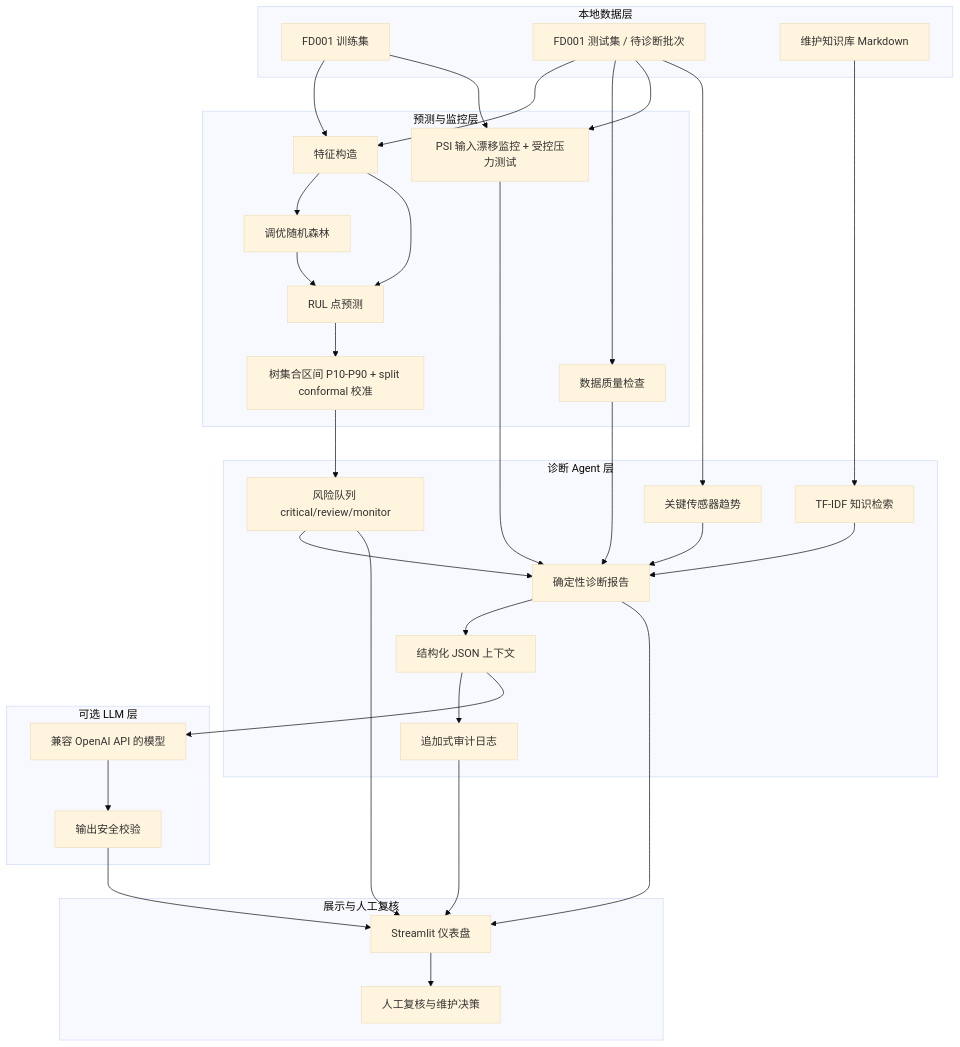
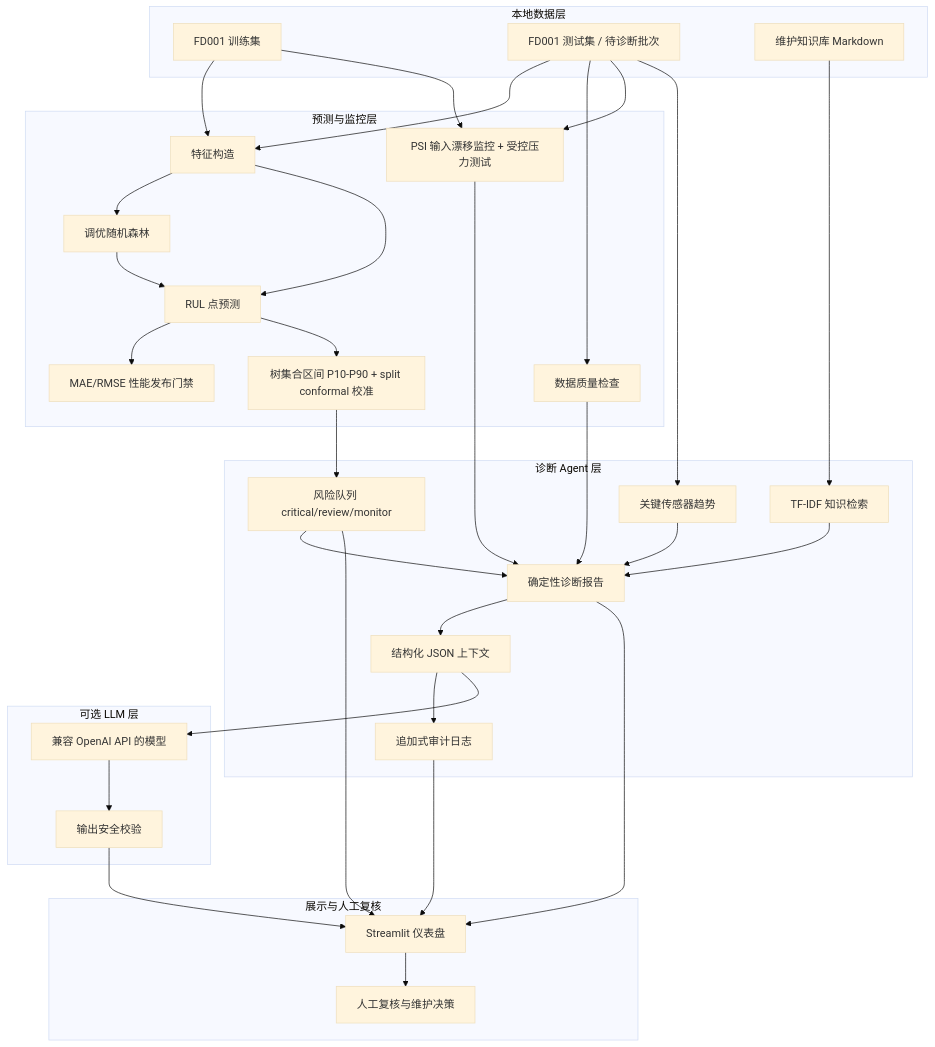
The diagram in docs/architecture.md (zzhouxy427/industrial-health-agent), drawn with Mermaid (base theme) before and after one commit. The commit also changed other lines of this file and 9 other files, not shown here.

````diff
--- a/docs/architecture.md
+++ b/docs/architecture.md
@@ -9,50 +9,52 @@
 ```mermaid
 flowchart TB
     subgraph Data[本地数据层]
         Train[FD001 训练集]
         Test[FD001 测试集 / 待诊断批次]
         KB[维护知识库 Markdown]
     end
 
     subgraph Model[预测与监控层]
         Features[特征构造]
         RF[调优随机森林]
         RUL[RUL 点预测]
         Interval[树集合区间 P10-P90 + split conformal 校准]
+        Gate[MAE/RMSE 性能发布门禁]
         Quality[数据质量检查]
         Drift[PSI 输入漂移监控 + 受控压力测试]
     end
 
     subgraph Agent[诊断 Agent 层]
         Queue[风险队列 critical/review/monitor]
         Trend[关键传感器趋势]
         Retrieval[TF-IDF 知识检索]
         Report[确定性诊断报告]
         Context[结构化 JSON 上下文]
         Audit[追加式审计日志]
     end
 
     subgraph Optional[可选 LLM 层]
         LLM[兼容 OpenAI API 的模型]
         Safety[输出安全校验]
     end
 
     subgraph UI[展示与人工复核]
         Dashboard[Streamlit 仪表盘]
         Human[人工复核与维护决策]
     end
 
     Train --> Features --> RF
     Test --> Features --> RUL
+    RUL --> Gate
     RF --> RUL --> Interval --> Queue
     Test --> Quality --> Report
     Train --> Drift
     Test --> Drift --> Report
     Test --> Trend --> Report
     KB --> Retrieval --> Report
     Queue --> Report --> Context --> Audit
     Context --> LLM --> Safety --> Dashboard
     Report --> Dashboard --> Human
     Queue --> Dashboard
     Audit --> Dashboard
 ```
````
